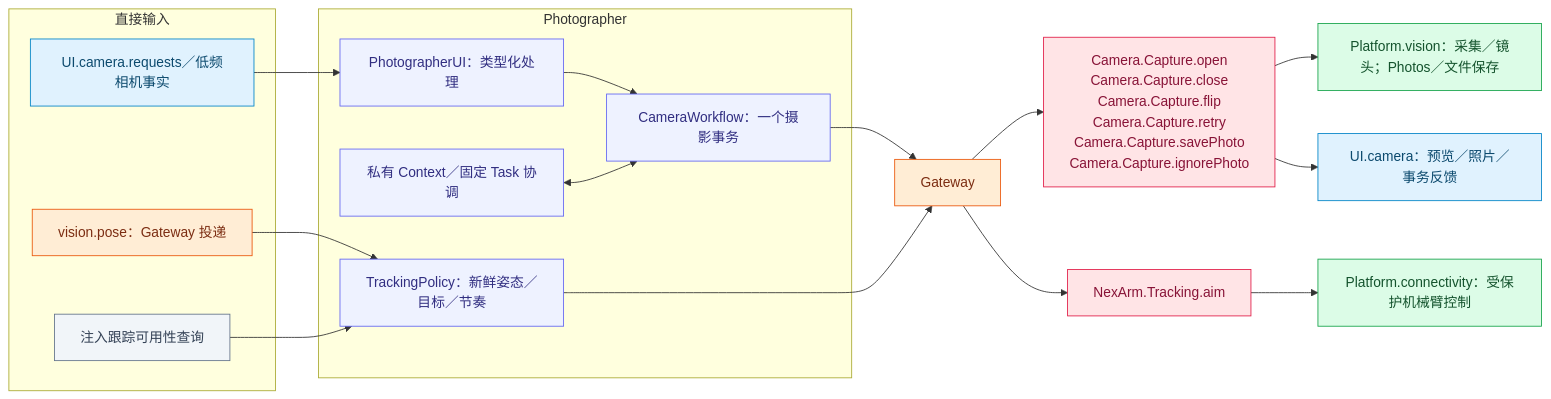
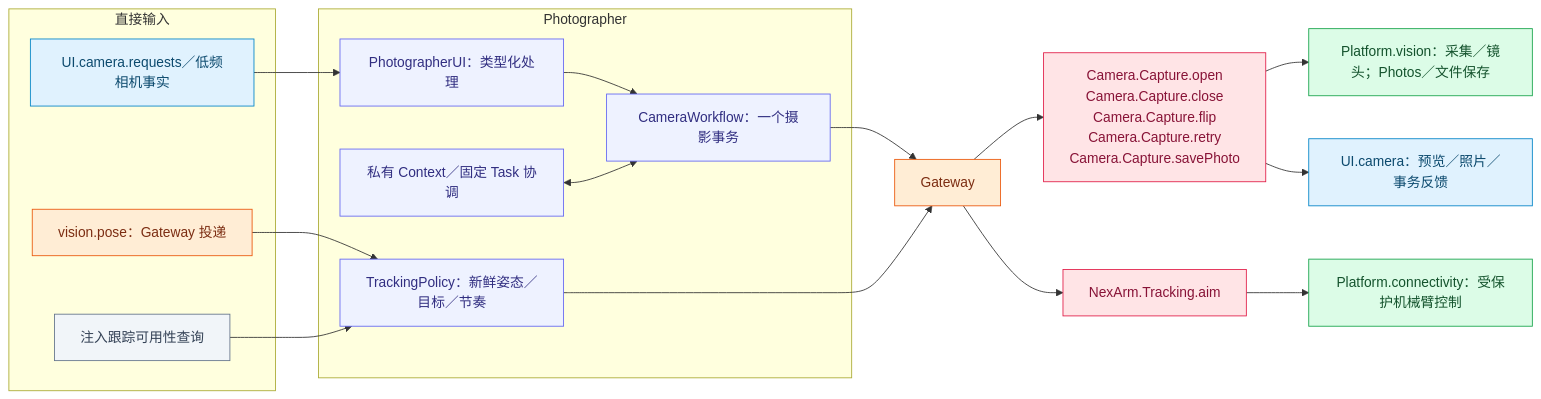
The second of 2 diagrams in MobileHarness/Agents/Photographer/README.md (devilyouwei/MobileHarness), drawn with Mermaid before and after one commit. The commit also changed other lines of this file and 75 other files, not shown here.

First line of the commit message:
refactor: remove channel overrides and photo ignore

````diff
--- a/MobileHarness/Agents/Photographer/README.md
+++ b/MobileHarness/Agents/Photographer/README.md
@@ -62,33 +62,33 @@
 ```mermaid
 flowchart LR
  subgraph Input["直接输入"]
  U["UI.camera.requests／低频相机事实"]:::ui
  V["vision.pose：Gateway 投递"]:::gateway
  Q["注入跟踪可用性查询"]:::host
  end
  subgraph Role["Photographer"]
  H["PhotographerUI：类型化处理"]:::agent
  W["CameraWorkflow：一个摄影事务"]:::agent
  T["TrackingPolicy：新鲜姿态／目标／节奏"]:::agent
  C["私有 Context／固定 Task 协调"]:::agent
  end
  U --> H --> W
  V --> T
  Q --> T
  C <--> W
  W --> G["Gateway"]:::gateway
  T --> G
- G --> CA["Camera.Capture.open<br/>Camera.Capture.close<br/>Camera.Capture.flip<br/>Camera.Capture.retry<br/>Camera.Capture.savePhoto<br/>Camera.Capture.ignorePhoto"]:::action
+ G --> CA["Camera.Capture.open<br/>Camera.Capture.close<br/>Camera.Capture.flip<br/>Camera.Capture.retry<br/>Camera.Capture.savePhoto"]:::action
  G --> NX["NexArm.Tracking.aim"]:::action
  CA --> P["Platform.vision：采集／镜头；Photos／文件保存"]:::platform
  CA --> UI["UI.camera：预览／照片／事务反馈"]:::ui
  NX --> B["Platform.connectivity：受保护机械臂控制"]:::platform
  classDef ui fill:#e0f2fe,stroke:#0284c7,color:#0c4a6e
  classDef platform fill:#dcfce7,stroke:#16a34a,color:#14532d
  classDef model fill:#f3e8ff,stroke:#9333ea,color:#581c87
  classDef storage fill:#fef3c7,stroke:#d97706,color:#78350f
  classDef agent fill:#eef2ff,stroke:#6366f1,color:#312e81
  classDef gateway fill:#ffedd5,stroke:#ea580c,color:#7c2d12
  classDef action fill:#ffe4e6,stroke:#e11d48,color:#881337
  classDef host fill:#f1f5f9,stroke:#64748b,color:#334155
 ```
````
